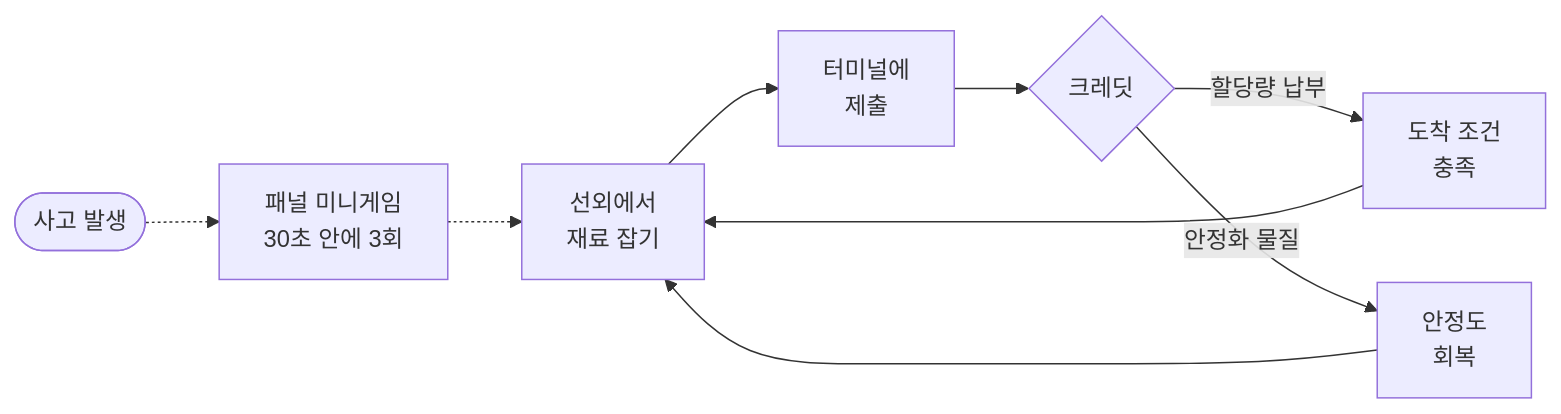
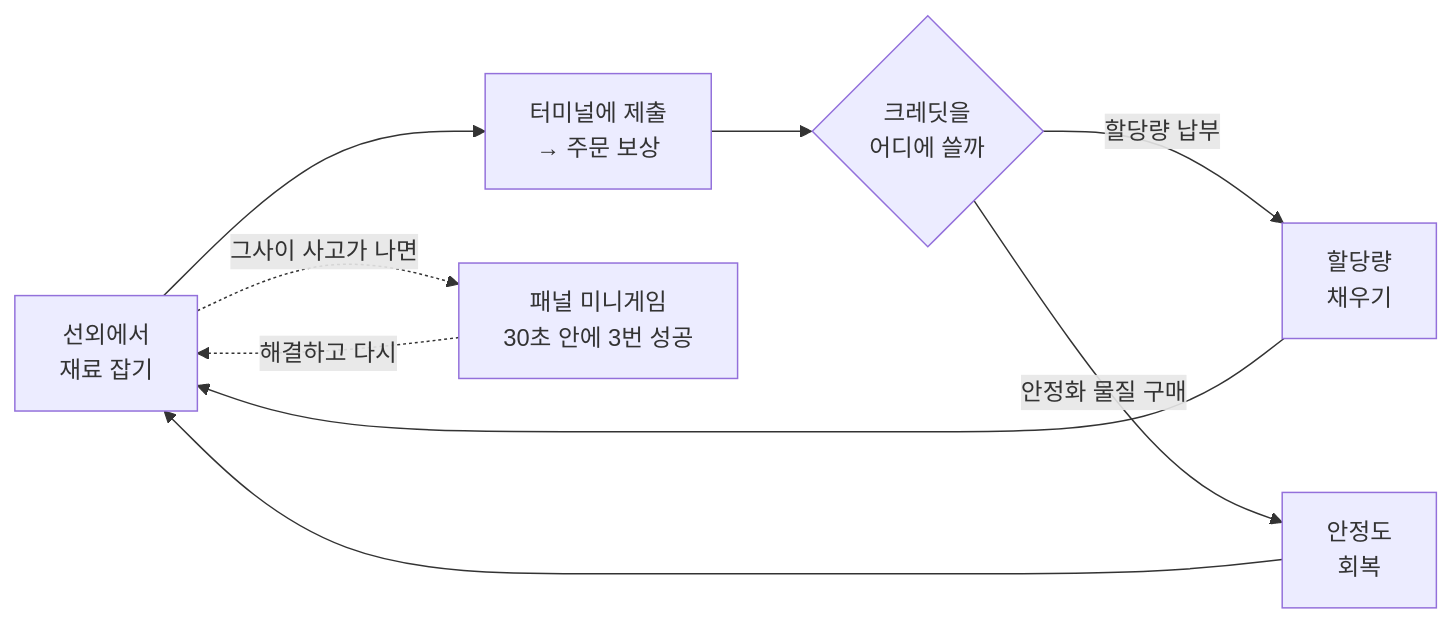
The second of 8 diagrams in src/OverFixed/OverFixed_기술문서.md (rlawlsdn77/portfolio), drawn with Mermaid before and after one commit. The commit also changed other lines of this file, not shown here.

````diff
--- a/src/OverFixed/OverFixed_기술문서.md
+++ b/src/OverFixed/OverFixed_기술문서.md
@@ -79,11 +78,11 @@
 ```mermaid
 flowchart LR
-    A["선외에서<br/>재료 잡기"] --> B["터미널에<br/>제출"]
-    B --> C{"크레딧"}
-    C -->|"할당량 납부"| D["도착 조건<br/>충족"]
-    C -->|"안정화 물질"| E["안정도<br/>회복"]
+    A["선외에서<br/>재료 잡기"] --> B["터미널에 제출<br/>→ 주문 보상"]
+    B --> C{"크레딧을<br/>어디에 쓸까"}
+    C -->|"할당량 납부"| D["할당량<br/>채우기"]
+    C -->|"안정화 물질 구매"| E["안정도<br/>회복"]
     D --> A
     E --> A
-    X(["사고 발생"]) -.-> Y["패널 미니게임<br/>30초 안에 3회"]
-    Y -.-> A
+    A -.->|"그사이 사고가 나면"| Y["패널 미니게임<br/>30초 안에 3번 성공"]
+    Y -.->|"해결하고 다시"| A
 ```
````
